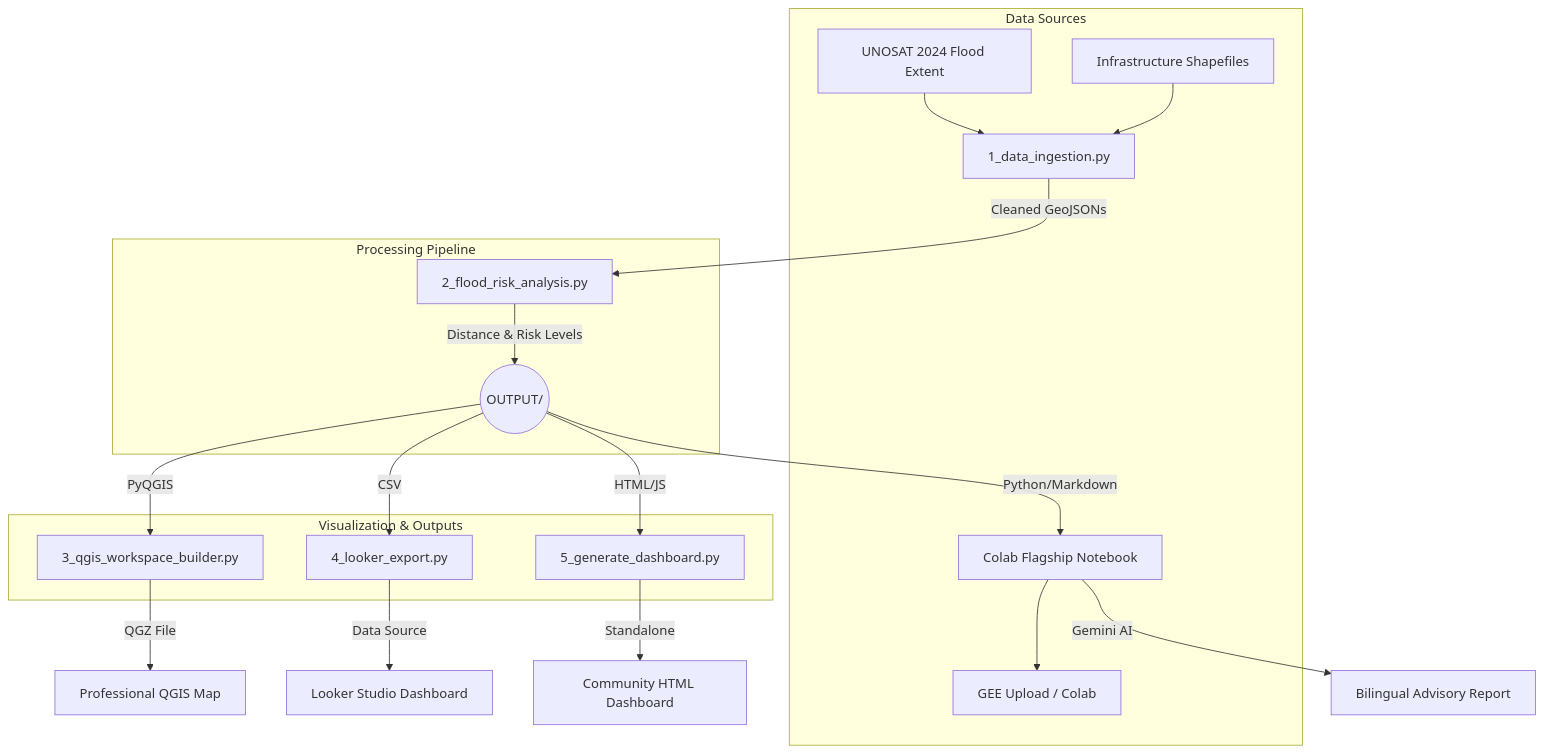
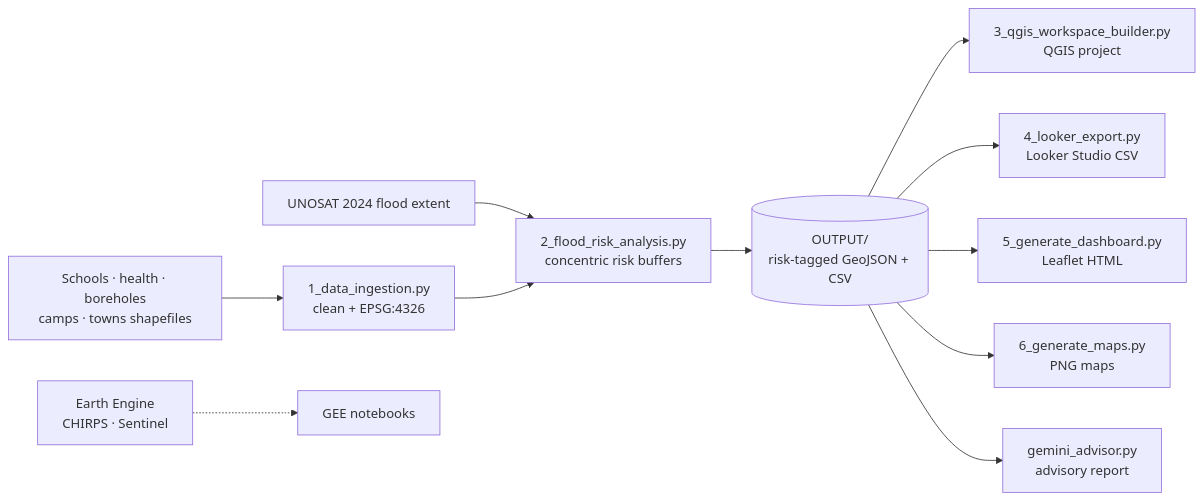
One commit to jmsmuigai/garissa-drm-portal changed the diagram in README.md. Above: the diagram before and after it, drawn with Mermaid. The commit also changed other lines of this file and 3 other files, not shown here.

````diff
--- a/README.md
+++ b/README.md
@@ -24,25 +31,13 @@
 ```mermaid
-graph TD
-    subgraph Data Sources
-        A[UNOSAT 2024 Flood Extent] --> I[1_data_ingestion.py]
-        B[Infrastructure Shapefiles] --> I
-        C[Sentinel & CHIRPS via GEE] --> E[GEE Upload / Colab]
-    end
-
-    subgraph Processing Pipeline
-        I -->|Cleaned GeoJSONs| R[2_flood_risk_analysis.py]
-        R -->|Distance & Risk Levels| O((OUTPUT/))
-    end
-
-    subgraph Visualization & Outputs
-        O -->|PyQGIS| Q[3_qgis_workspace_builder.py]
-        O -->|CSV| L[4_looker_export.py]
-        O -->|HTML/JS| D[5_generate_dashboard.py]
-        O -->|Python/Markdown| C[Colab Flagship Notebook]
-    end
-
-    Q -->|QGZ File| QGIS[Professional QGIS Map]
-    L -->|Data Source| Looker[Looker Studio Dashboard]
-    D -->|Standalone| Web[Community HTML Dashboard]
-    C -->|Gemini AI| Report[Bilingual Advisory Report]
+flowchart LR
+    A[UNOSAT 2024 flood extent] --> C[2_flood_risk_analysis.py<br/>concentric risk buffers]
+    B[Schools · health · boreholes<br/>camps · towns shapefiles] --> I[1_data_ingestion.py<br/>clean + EPSG:4326]
+    I --> C
+    C --> O[(OUTPUT/<br/>risk-tagged GeoJSON + CSV)]
+    O --> Q[3_qgis_workspace_builder.py<br/>QGIS project]
+    O --> L[4_looker_export.py<br/>Looker Studio CSV]
+    O --> D[5_generate_dashboard.py<br/>Leaflet HTML]
+    O --> M[6_generate_maps.py<br/>PNG maps]
+    O --> G[gemini_advisor.py<br/>advisory report]
+    E[Earth Engine<br/>CHIRPS · Sentinel] -.-> N[GEE notebooks]
 ```
````
